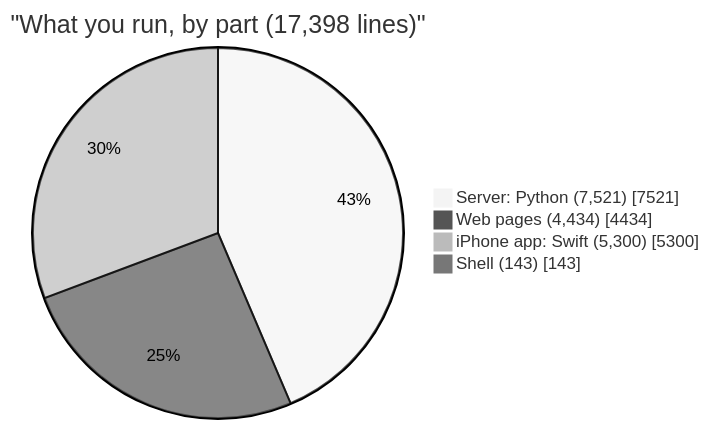
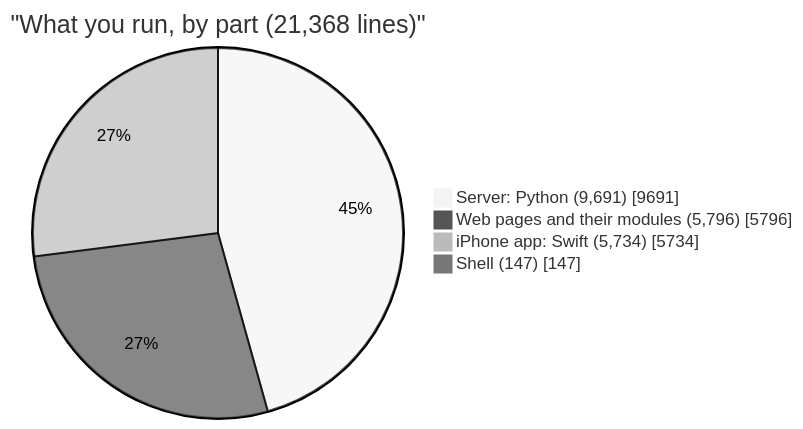
One commit to jflam/photo-estate changed the first of 2 diagrams in docs/book/02-code-tour.md. Above: the diagram before and after it, drawn with Mermaid (neutral theme). The commit also changed other lines of this file and 16 other files, not shown here.

````diff
--- a/docs/book/02-code-tour.md
+++ b/docs/book/02-code-tour.md
@@ -23,7 +26,7 @@
 ```mermaid
-pie showData title "What you run, by part (17,398 lines)"
-    "Server: Python (7,521)" : 7521
-    "Web pages (4,434)" : 4434
-    "iPhone app: Swift (5,300)" : 5300
-    "Shell (143)" : 143
+pie showData title "What you run, by part (21,368 lines)"
+    "Server: Python (9,691)" : 9691
+    "Web pages and their modules (5,796)" : 5796
+    "iPhone app: Swift (5,734)" : 5734
+    "Shell (147)" : 147
 ```
````
